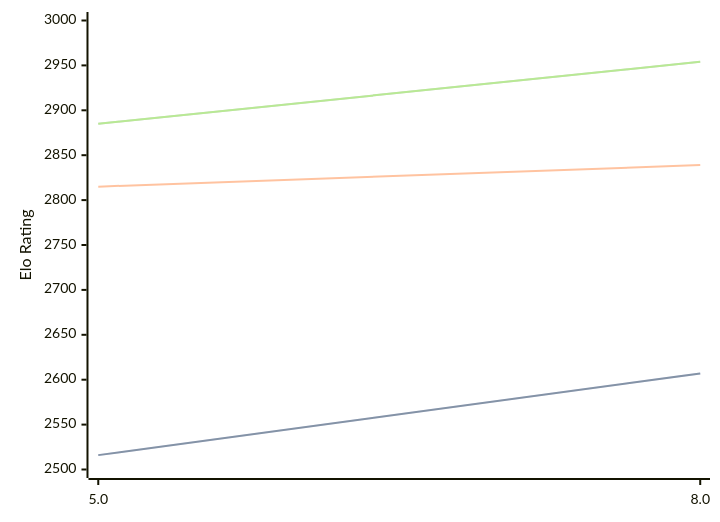
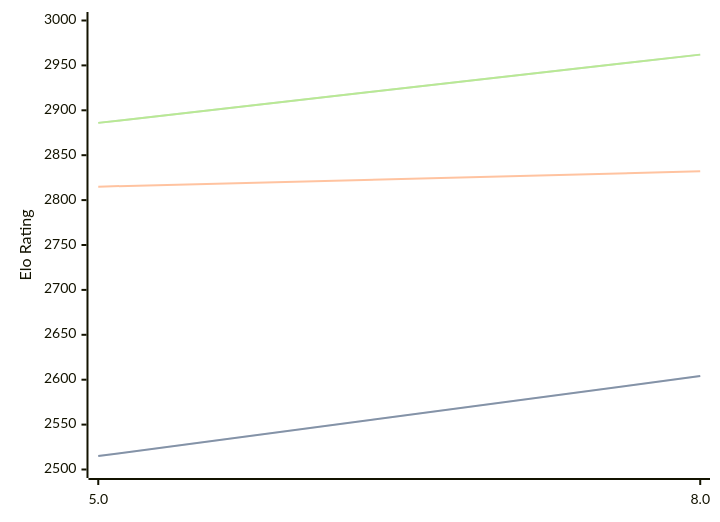
The diagram in engines/4kc.md (computer-chess-index/cci), drawn with Mermaid before and after one commit. The commit also changed other lines of this file, not shown here.

Commit message:
Update CCI Ratings (ELO VLTC) - 2026-04-01

````diff
--- a/engines/4kc.md
+++ b/engines/4kc.md
@@ -41,11 +41,11 @@
 ```mermaid
 %%{init: {"theme":"base","themeVariables":{"seriesColors:['#a3a3a3','#222221','#faa371']}}}%%
 xychart-beta
   x-axis ["5.0", "8.0"]
   y-axis "Elo Rating" 2500 --> 3000
-  line "STC (8.0+0.08s)" [2516, 2607]
-  line "STC (8.0+0.08s)" [2516, 2607]
-  line "LTC (60.0+0.60s)" [2815, 2839]
-  line "VLTC (2m24s+1.12s)" [2885, 2954]
-  line "VLTC (2m24s+1.12s)" [2885, 2954]
+  line "STC (8.0+0.08s)" [2515, 2604]
+  line "STC (8.0+0.08s)" [2515, 2604]
+  line "LTC (60.0+0.60s)" [2815, 2832]
+  line "VLTC (2m24s+1.12s)" [2886, 2962]
+  line "VLTC (2m24s+1.12s)" [2886, 2962]
 ```
````
